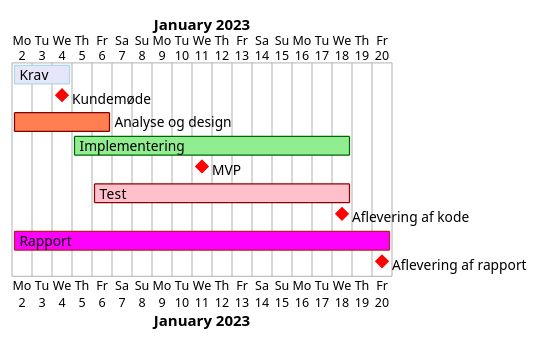
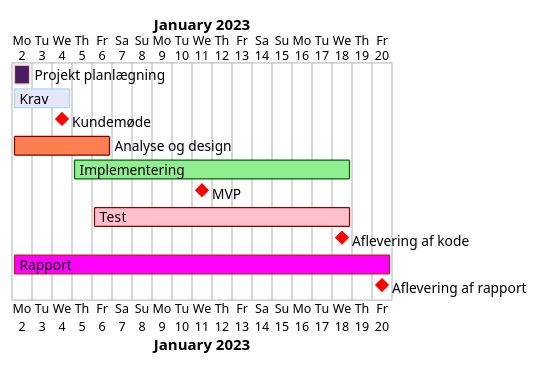
The diagram in src/UML/Gannt.puml (Magnusrk/G16.Matador), drawn with PlantUML before and after one commit.

Commit message:
Gannt diagram

```diff
--- a/src/UML/Gannt.puml
+++ b/src/UML/Gannt.puml
@@ -1,17 +1,18 @@
 @startgantt
 'https://plantuml.com/gantt-diagram
 
 Project starts 2023-01-02
+[Projekt planlægning] lasts 1 day and is colored in #491e5e/pink
 [Krav] lasts 3 days and is colored in Lavender/LightBlue
 [Kundemøde] happens 2023-01-04 and is colored in red
 [Analyse og design] lasts 5 days and is colored in Coral/maroon
 [Implementering] lasts 14 days and starts at 2023-01-05 and is colored in lightgreen/darkgreen
 [MVP] happens at 2023-01-11 and is colored in red
 [Test] lasts 13 days and starts at 2023-01-06 and is colored in pink/darkred
 [Aflevering af kode] happens at 2023-01-18 and is colored in red
 [Rapport] lasts 19 days and starts 2023-01-02 and is colored in Fuchsia/firebrick
 [Aflevering af rapport] happens at 2023-01-20 and is colored in red
 
 
 
 @endgantt
```
